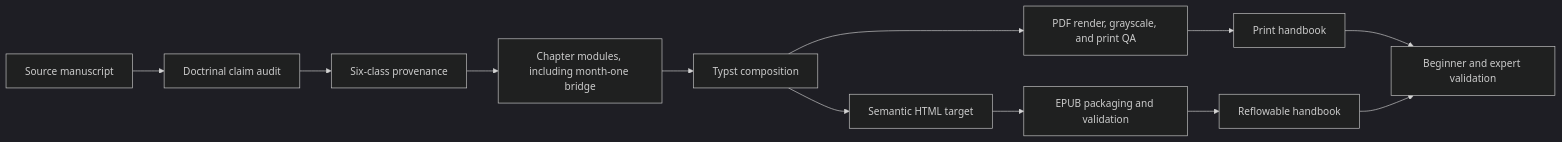
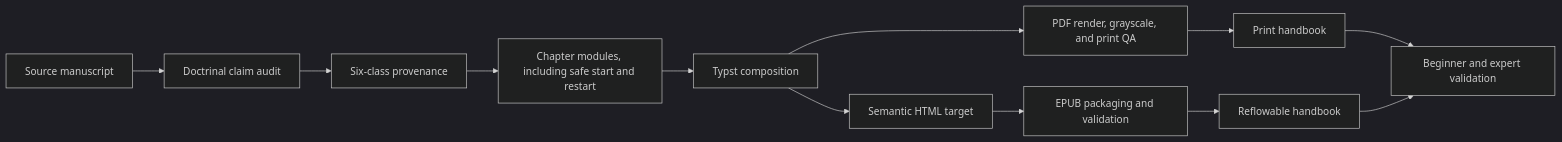
Before and after one commit to streamentry/streamentry: the first of 5 diagrams in AGENTS.md, drawn with Mermaid (dark theme). The commit also changed other lines of this file and 19 other files, not shown here.

````diff
--- a/AGENTS.md
+++ b/AGENTS.md
@@ -68,14 +69,14 @@
 ```mermaid
 flowchart LR
   A["Source manuscript"] --> B["Doctrinal claim audit"]
   B --> C["Six-class provenance"]
-  C --> D["Chapter modules, including month-one bridge"]
+  C --> D["Chapter modules, including safe start and restart"]
   D --> E["Typst composition"]
   E --> F["PDF render, grayscale, and print QA"]
   E --> H["Semantic HTML target"]
   H --> I["EPUB packaging and validation"]
   F --> G["Print handbook"]
   I --> J["Reflowable handbook"]
   G --> K["Beginner and expert validation"]
   J --> K
 ```
````
